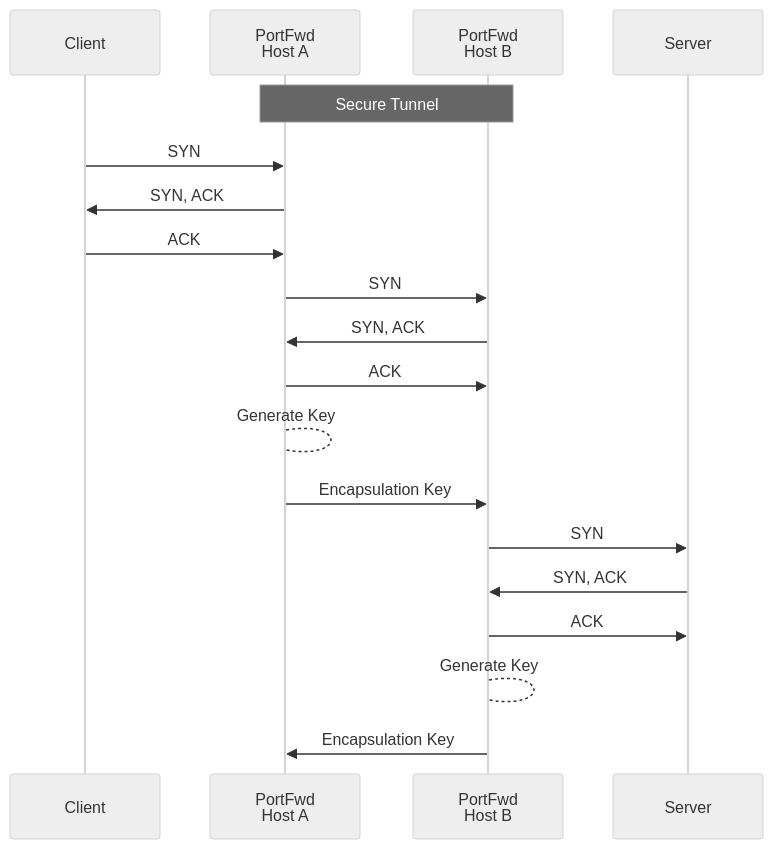
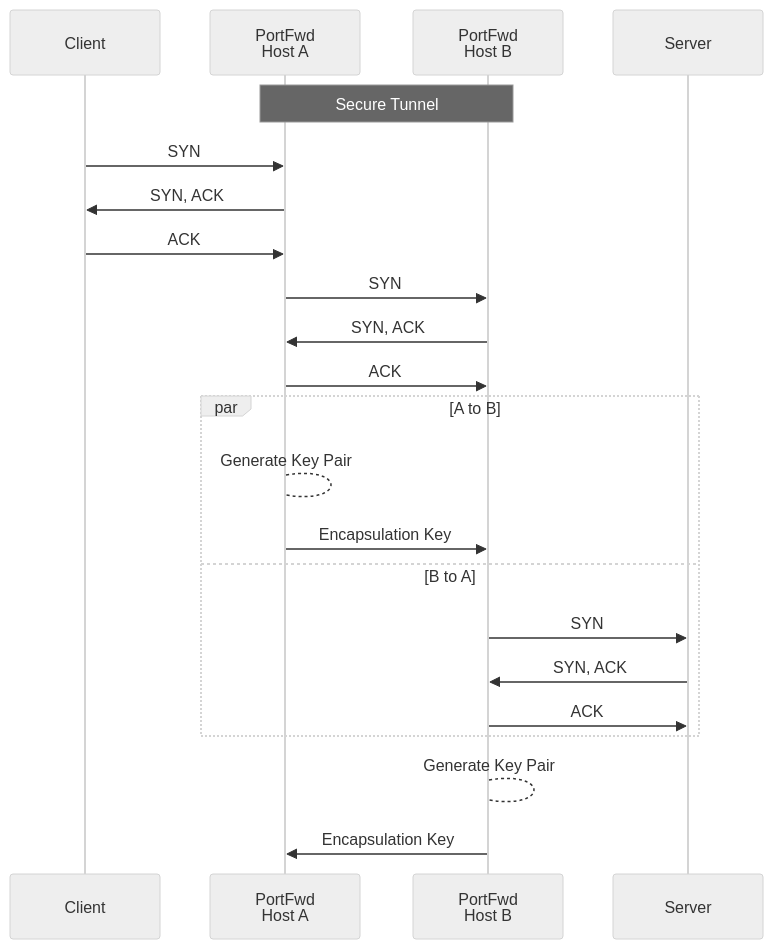
The diagram in README.md (cmason3/portfwd), drawn with Mermaid (neutral theme) before and after one commit.

````diff
--- a/README.md
+++ b/README.md
@@ -32,25 +32,27 @@
 ```mermaid
 sequenceDiagram
     participant C as Client
     participant A as PortFwd<br />Host A
     participant B as PortFwd<br />Host B
     participant S as Server
     Note over A,B: Secure Tunnel
     C->>A: SYN
     A->>C: SYN, ACK
     C->>A: ACK
     A->>B: SYN
     B->>A: SYN, ACK
     A->>B: ACK
 
-    A-->A: Generate Key
-    A->>B: Encapsulation Key
+    par A to B
+      A-->A: Generate Key Pair
+      A->>B: Encapsulation Key
+    and B to A
+      B->>S: SYN
+      S->>B: SYN, ACK
+      B->>S: ACK
+    end
 
-    B->>S: SYN
-    S->>B: SYN, ACK
-    B->>S: ACK
-
-    B-->B: Generate Key
+    B-->B: Generate Key Pair
     B->>A: Encapsulation Key
 
 ```
````
